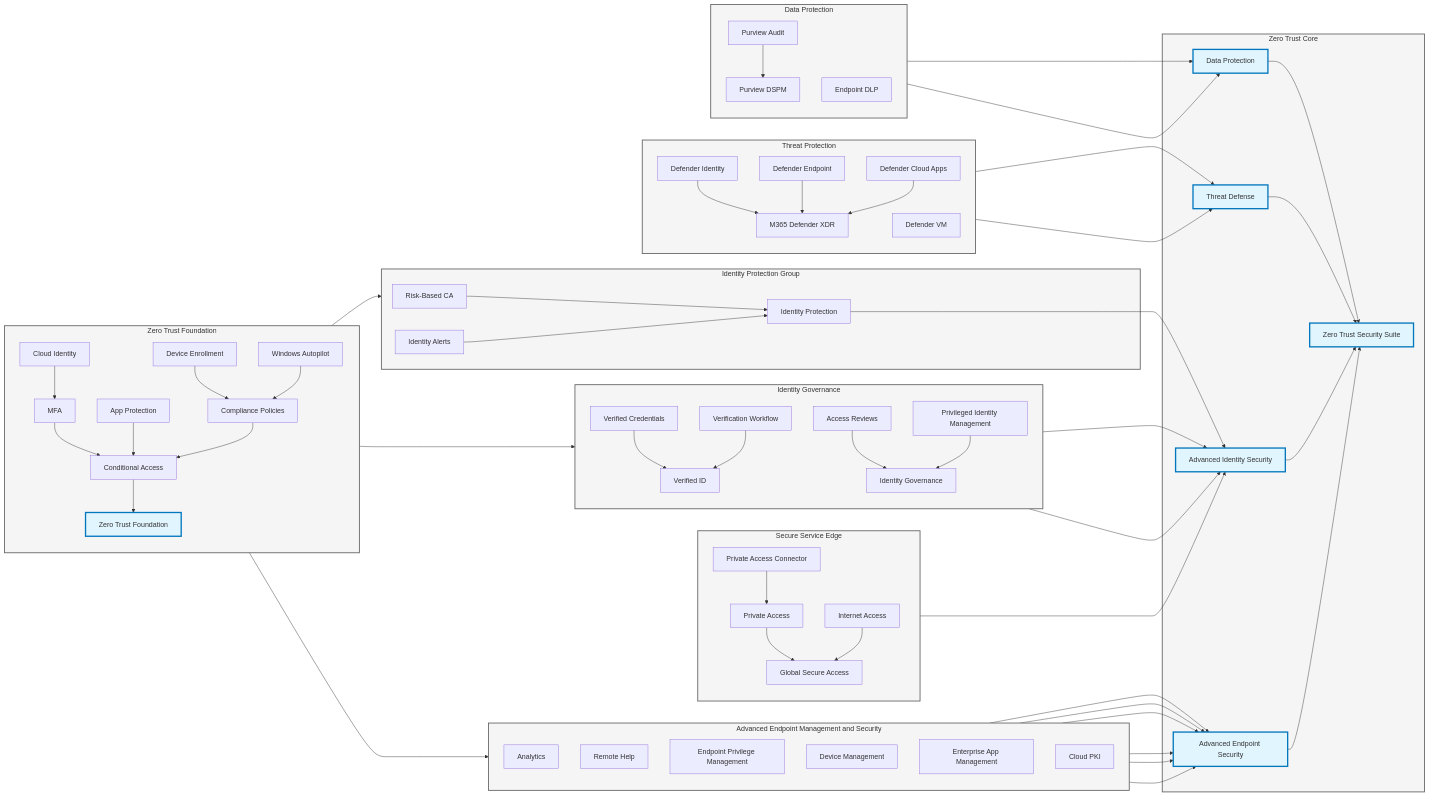
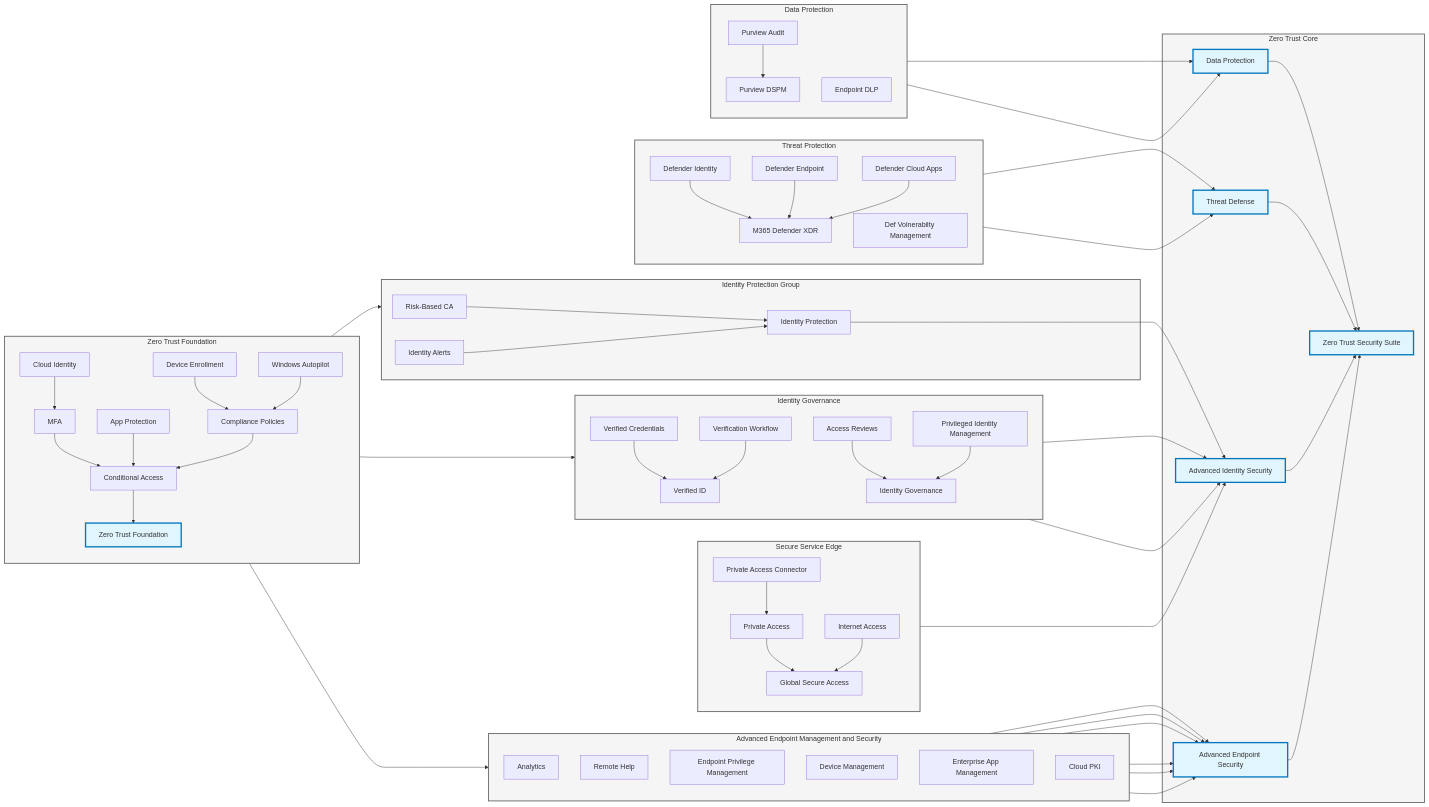
The diagram in DetailedDiagram.md (jessesuna/SecDepGuidance), drawn with Mermaid before and after one commit. The commit also changed 1 other file, not shown here.

Commit message:
Changed Dependencies

```diff
--- a/DetailedDiagram.md
+++ b/DetailedDiagram.md
@@ -46,7 +46,7 @@
                     DID["Defender Identity"]
                     MDE["Defender Endpoint"]
                     MDCA["Defender Cloud Apps"]
-                    MDVM["Defender VM"]
+                    MDVM["Def Volnerabilty Management"]
                 end
                 XDR --> Threats
                 DID --> XDR
```
